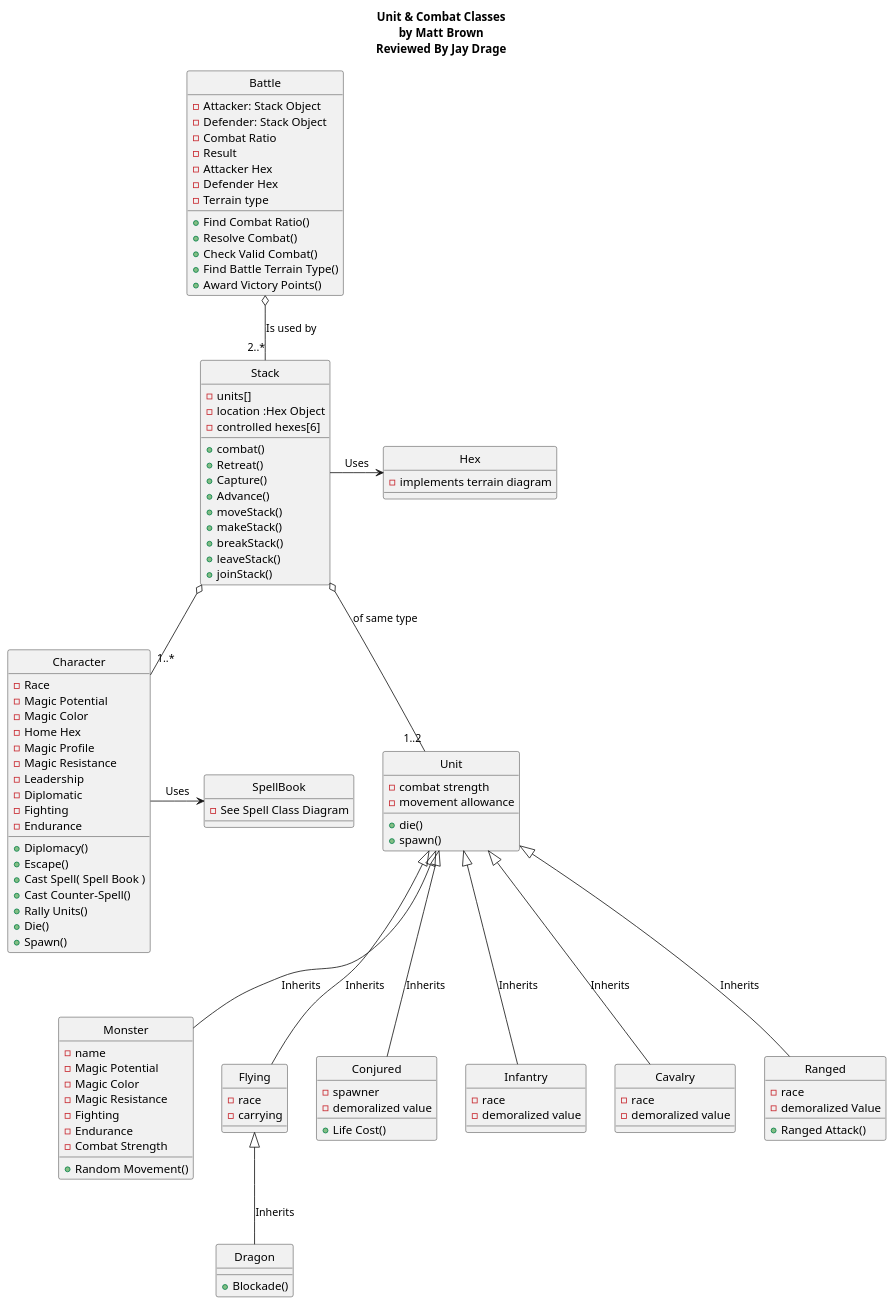
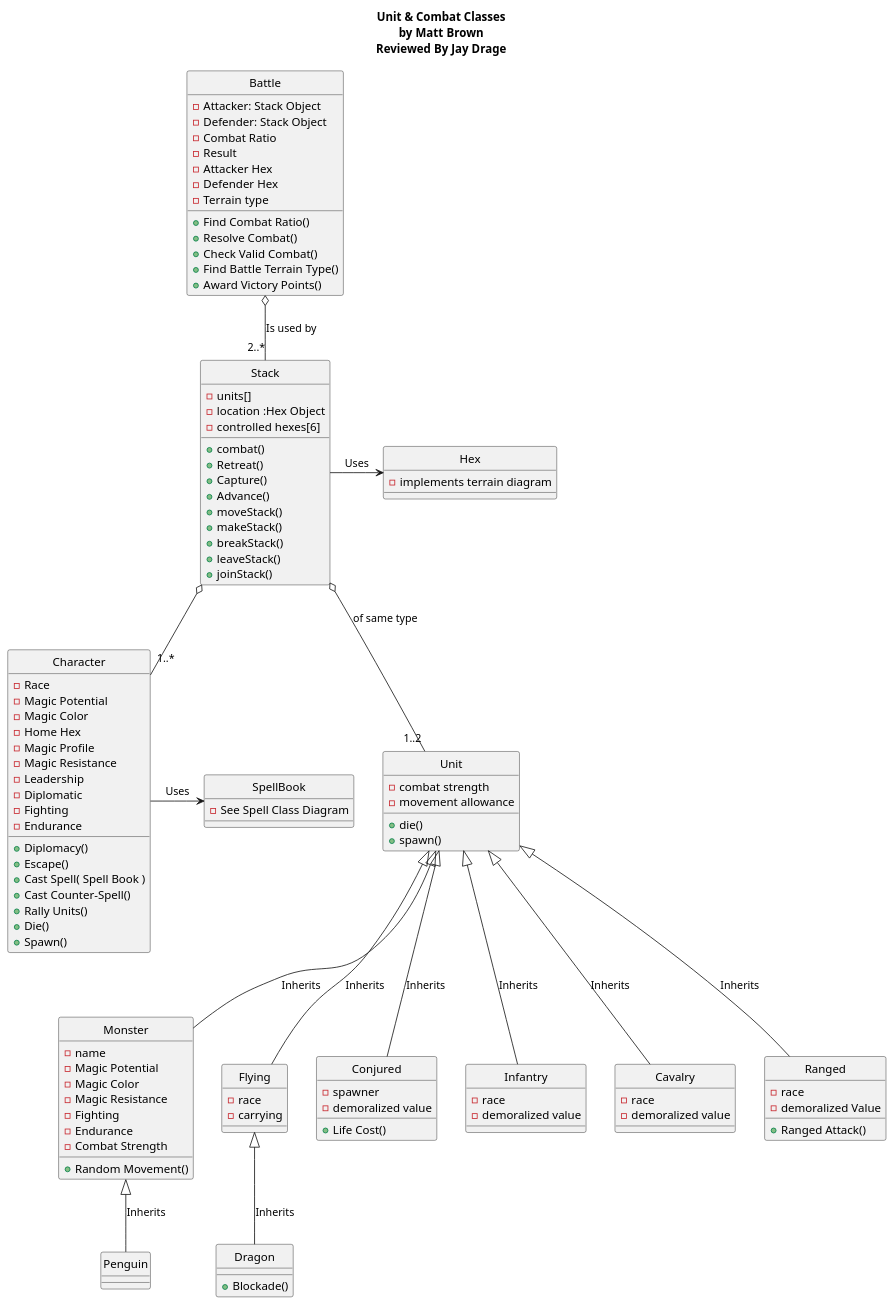
One commit to cjeffery/sworsorc changed the diagram in doc/hw3/B/ClassDiagrams/UnitClasses.pu. Above: the diagram before and after it, drawn with PlantUML. The commit also changed 2 other files, not shown here.

Commit message:
B: removed penguin diagram, added penguin to unit diagram. long live the penguins

```diff
--- a/doc/hw3/B/ClassDiagrams/UnitClasses.pu
+++ b/doc/hw3/B/ClassDiagrams/UnitClasses.pu
@@ -1,127 +1,130 @@
 @startuml
 hide circle
 
 title Unit & Combat Classes\nby Matt Brown\nReviewed By Jay Drage
 
 class Unit {
  -combat strength
  -movement allowance
  +die()
  +spawn()
 }
 
 class Stack{
  -units[]
  -location :Hex Object
  -controlled hexes[6]
  +combat()
  +Retreat()
  +Capture()
  +Advance()
  +moveStack()
  +makeStack()
  +breakStack()
  +leaveStack()
  +joinStack()
 }
 
 class Monster{
  -name
  -Magic Potential
  -Magic Color
  -Magic Resistance
  -Fighting
  -Endurance
  -Combat Strength
  +Random Movement()
 }
 
 class Character{
  -Race
  -Magic Potential
  -Magic Color
  -Home Hex
  -Magic Profile
  -Magic Resistance
  -Leadership
  -Diplomatic
  -Fighting
  -Endurance
  +Diplomacy()
  +Escape()
  +Cast Spell( Spell Book )
  +Cast Counter-Spell()
  +Rally Units()
  +Die()
  +Spawn()
 }
 
 class SpellBook{
  -See Spell Class Diagram
 }
 
 class Flying{
  -race
  -carrying
 }
 
 class Dragon{
  +Blockade()
 }
 
 class Conjured{
  -spawner
  -demoralized value
  +Life Cost()
 }
 
 class Infantry{
  -race
  -demoralized value
 }
 
 class Cavalry{
  -race
  -demoralized value
 }
 
 class Ranged{
  -race
  -demoralized Value
  +Ranged Attack()
 }
 
 class Hex{
  -implements terrain diagram
 }
 
 class Battle{
  -Attacker: Stack Object
  -Defender: Stack Object
  -Combat Ratio
  -Result
  -Attacker Hex
  -Defender Hex
  -Terrain type
  +Find Combat Ratio()
  +Resolve Combat()
  +Check Valid Combat()
  +Find Battle Terrain Type()
  +Award Victory Points()
 }
 
 Stack o-- "1..2" Unit : of same type
 Stack o-- "1..*" Character
 Unit <|-- Monster : Inherits
 Unit <|-- Infantry : Inherits
 Unit <|-- Cavalry : Inherits
 Unit <|-- Ranged : Inherits
 Unit <|-- Conjured : Inherits
 Unit <|-- Flying : Inherits
 
 Character -> SpellBook : Uses
 Stack -> Hex : Uses
 Battle o-- "2..*" Stack : Is used by 
 
 Flying <|-- Dragon : Inherits
+
+Monster <|-- Penguin : Inherits
+
 @enduml
```
